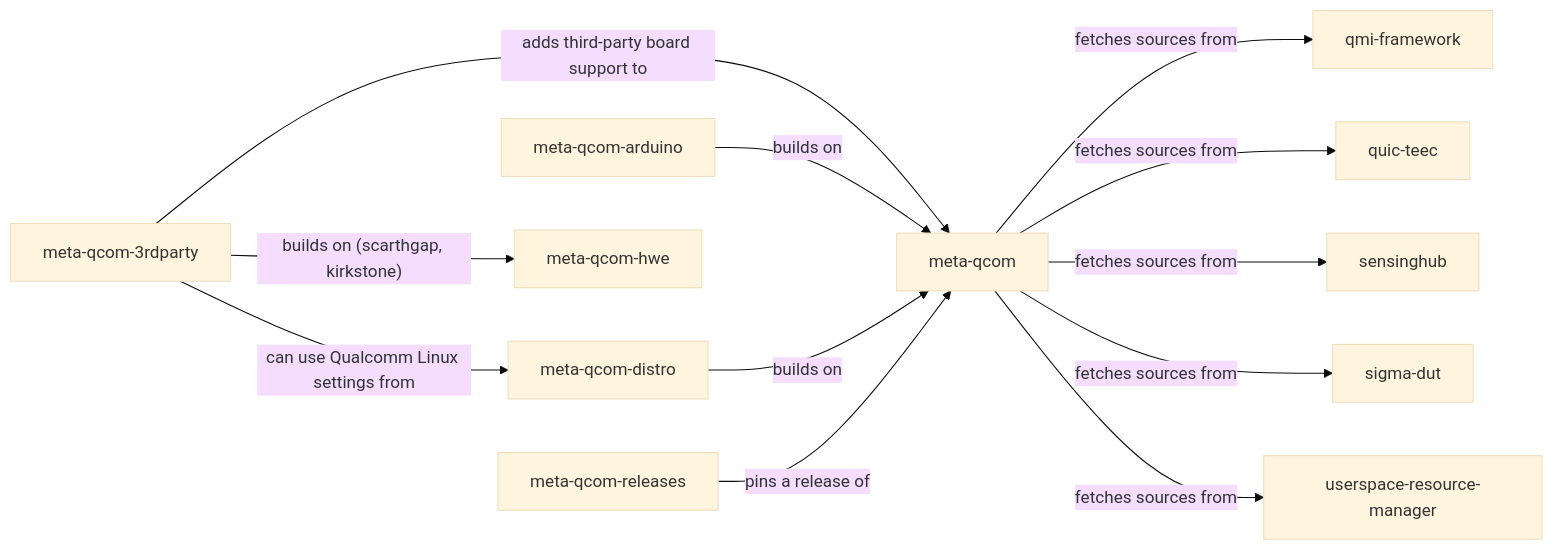
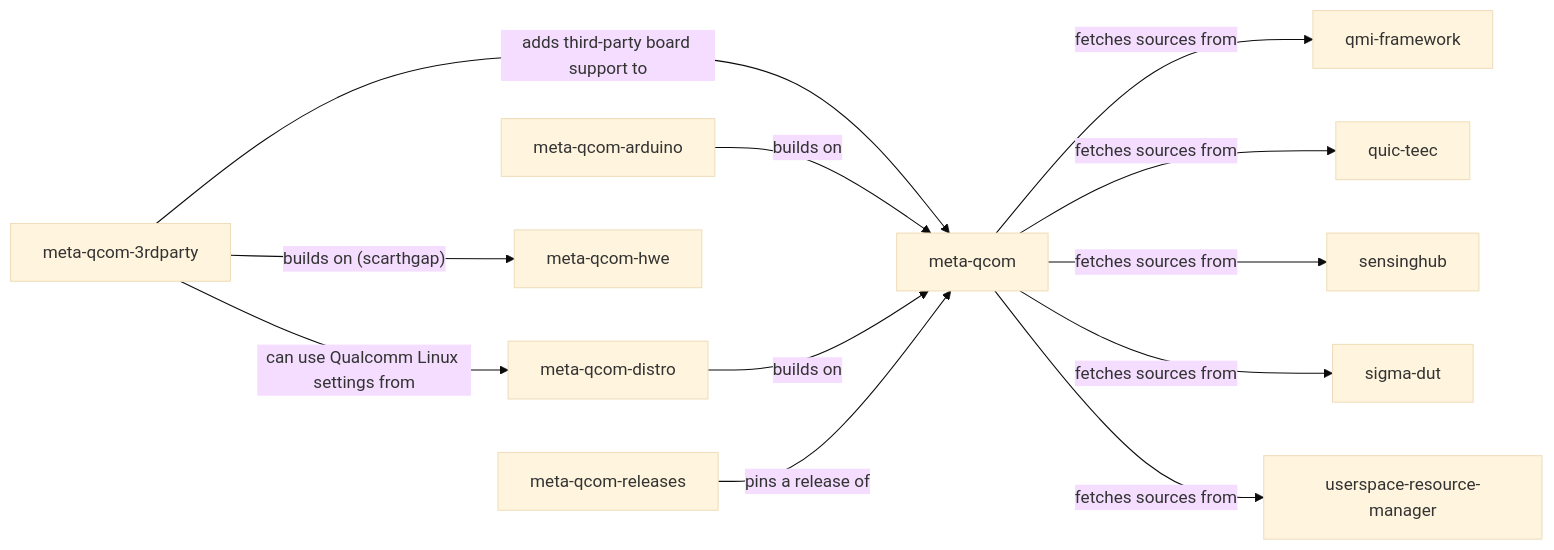
The second of 6 diagrams in README.md (devdocsorg/qualcomm-repository-map), drawn with Mermaid (base theme) before and after one commit. The commit also changed other lines of this file and 1 other file, not shown here.

First line of the commit message:
Stop mapping meta-qcom-3rdparty's kirkstone branch

````diff
--- a/README.md
+++ b/README.md
@@ -99,36 +99,36 @@
 ```mermaid
 flowchart LR
     r0["meta-qcom"]
     click r0 href "https://github.com/qualcomm-linux/meta-qcom" _blank
     r1["meta-qcom-3rdparty"]
     click r1 href "https://github.com/qualcomm-linux/meta-qcom-3rdparty" _blank
     r2["meta-qcom-arduino"]
     click r2 href "https://github.com/qualcomm-linux/meta-qcom-arduino" _blank
     r3["meta-qcom-distro"]
     click r3 href "https://github.com/qualcomm-linux/meta-qcom-distro" _blank
     r4["meta-qcom-hwe"]
     click r4 href "https://github.com/qualcomm-linux/meta-qcom-hwe" _blank
     r5["meta-qcom-releases"]
     click r5 href "https://github.com/qualcomm-linux/meta-qcom-releases" _blank
     r6["qmi-framework"]
     click r6 href "https://github.com/qualcomm/qmi-framework" _blank
     r7["quic-teec"]
     click r7 href "https://github.com/qualcomm/quic-teec" _blank
     r8["sensinghub"]
     click r8 href "https://github.com/qualcomm/sensinghub" _blank
     r9["sigma-dut"]
     click r9 href "https://github.com/qualcomm/sigma-dut" _blank
     r10["userspace-resource-manager"]
     click r10 href "https://github.com/qualcomm/userspace-resource-manager" _blank
     r0 -->|"fetches sources from"| r6
     r0 -->|"fetches sources from"| r7
     r0 -->|"fetches sources from"| r8
     r0 -->|"fetches sources from"| r9
     r0 -->|"fetches sources from"| r10
     r1 -->|"adds third-party board support to"| r0
     r1 -->|"can use Qualcomm Linux settings from"| r3
-    r1 -->|"builds on (scarthgap, kirkstone)"| r4
+    r1 -->|"builds on (scarthgap)"| r4
     r2 -->|"builds on"| r0
     r3 -->|"builds on"| r0
     r5 -->|"pins a release of"| r0
 ```
````
